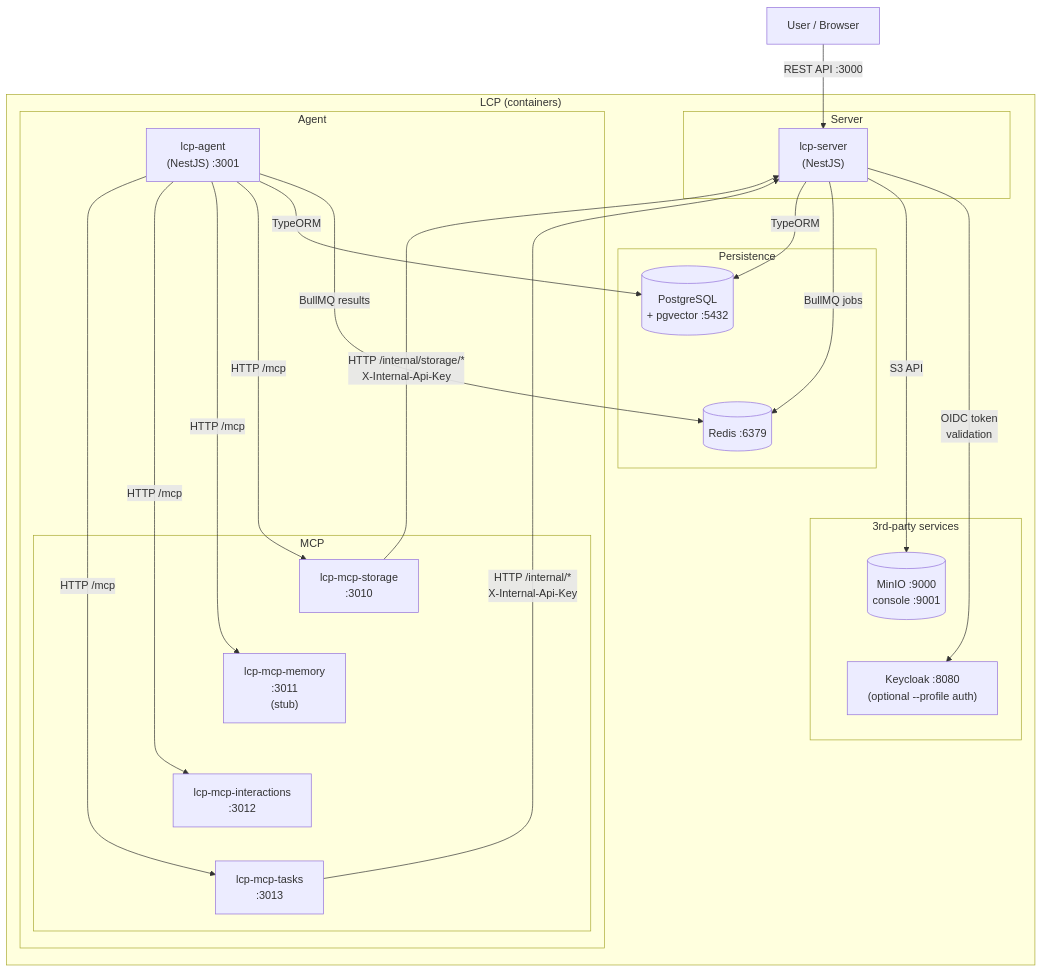
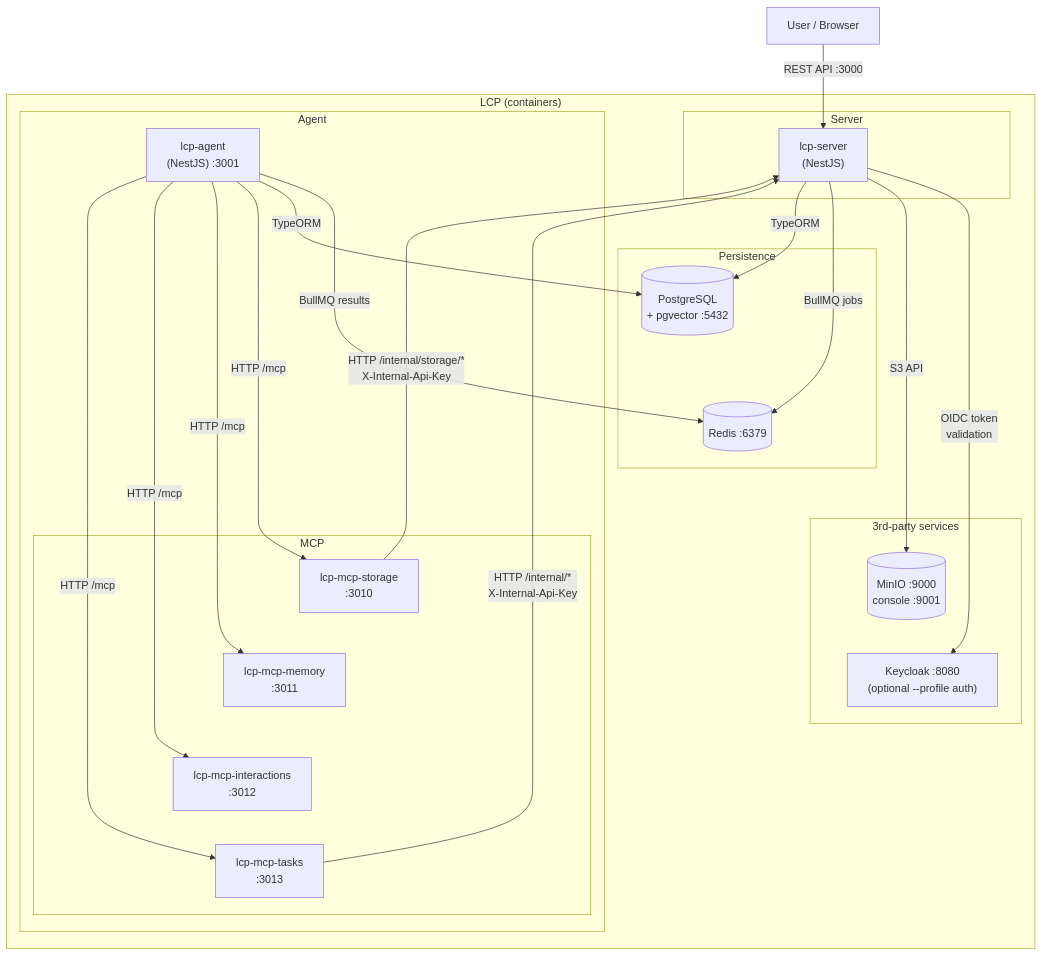
Before and after one commit to instantiator/tcp-server: the second of 4 diagrams in README.md, drawn with Mermaid. The commit also changed other lines of this file and 35 other files, not shown here.

````diff
--- a/README.md
+++ b/README.md
@@ -143,52 +143,52 @@
 ```mermaid
 flowchart TD
   User["User / Browser"]
   LcpServer["lcp-server\n(NestJS)"]
   LcpAgent["lcp-agent\n(NestJS) :3001"]
   Redis[(Redis :6379)]
   Keycloak["Keycloak :8080\n(optional --profile auth)"]
   Postgres[(PostgreSQL\n+ pgvector :5432)]
   MinIO[(MinIO :9000\nconsole :9001)]
   McpStorage["lcp-mcp-storage\n:3010"]
-  McpMemory["lcp-mcp-memory\n:3011\n(stub)"]
+  McpMemory["lcp-mcp-memory\n:3011"]
   McpInteract["lcp-mcp-interactions\n:3012"]
   McpTasks["lcp-mcp-tasks\n:3013"]
 
   subgraph LCP["LCP (containers)"]
       Server ~~~ Dbs ~~~ Agent ~~~ ThirdParty
   end
 
   subgraph Server["Server"]
       LcpServer
   end
 
   subgraph Dbs["Persistence"]
       Postgres ~~~ Redis
   end
 
 
   subgraph Agent["Agent"]
       LcpAgent
       subgraph MCP
         McpStorage ~~~ McpMemory ~~~ McpInteract ~~~ McpTasks
       end
   end
 
   subgraph ThirdParty["3rd-party services"]
       MinIO ~~~ Keycloak
   end
 
   User -->|REST API :3000| LcpServer
   LcpServer -->|OIDC token\nvalidation| Keycloak
   LcpServer -->|S3 API| MinIO
   LcpServer -->|BullMQ jobs| Redis
   LcpAgent -->|BullMQ results| Redis
   LcpServer -->|TypeORM| Postgres
   LcpAgent -->|TypeORM| Postgres
   LcpAgent -->|HTTP /mcp| McpStorage
   LcpAgent -->|HTTP /mcp| McpMemory
   LcpAgent -->|HTTP /mcp| McpInteract
   LcpAgent -->|HTTP /mcp| McpTasks
   McpStorage -->|HTTP /internal/storage/*\nX-Internal-Api-Key| LcpServer
   McpTasks -->|HTTP /internal/*\nX-Internal-Api-Key| LcpServer
 ```
````
